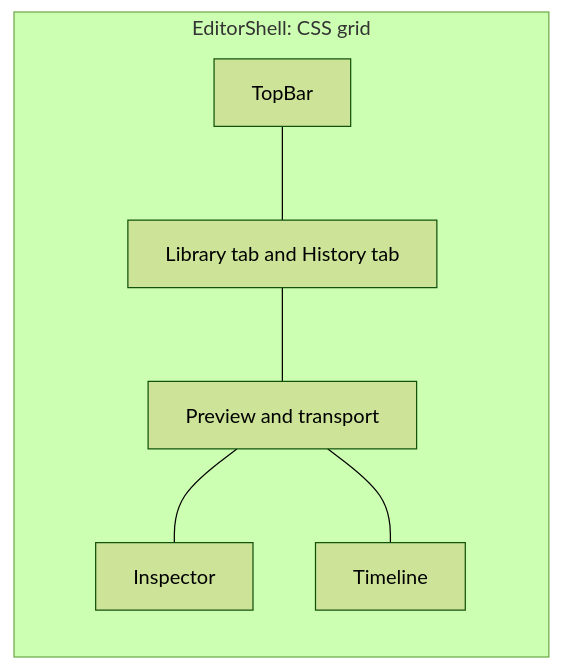
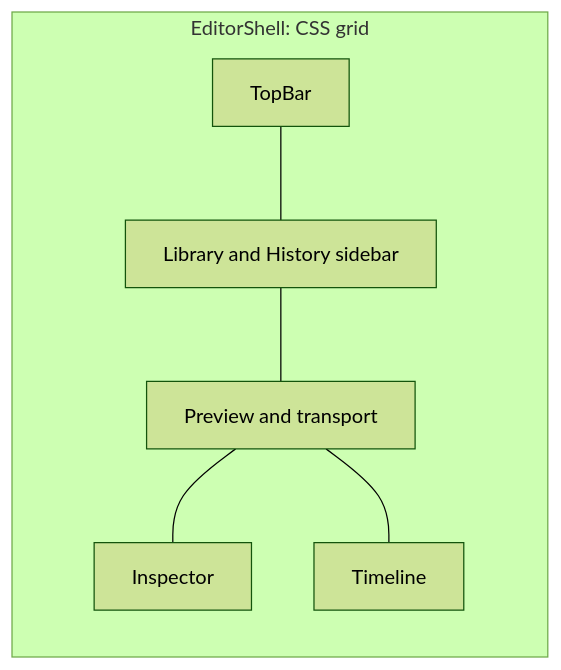
One commit to AlexGalhardo/stuarty changed the second of 3 diagrams in docs/sdds/012-ui-architecture.md. Above: the diagram before and after it, drawn with Mermaid (forest theme). The commit also changed other lines of this file and 4 other files, not shown here.

````diff
--- a/docs/sdds/012-ui-architecture.md
+++ b/docs/sdds/012-ui-architecture.md
@@ -551,13 +551,13 @@
 ```mermaid
 flowchart LR
   subgraph Shell[EditorShell: CSS grid]
     TB[TopBar]
-    LB[Library tab and History tab]
+    LB[Library and History sidebar]
     PV[Preview and transport]
     IN[Inspector]
     TL[Timeline]
   end
   TB --- LB
   LB --- PV --- IN
   PV --- TL
 ```
````
